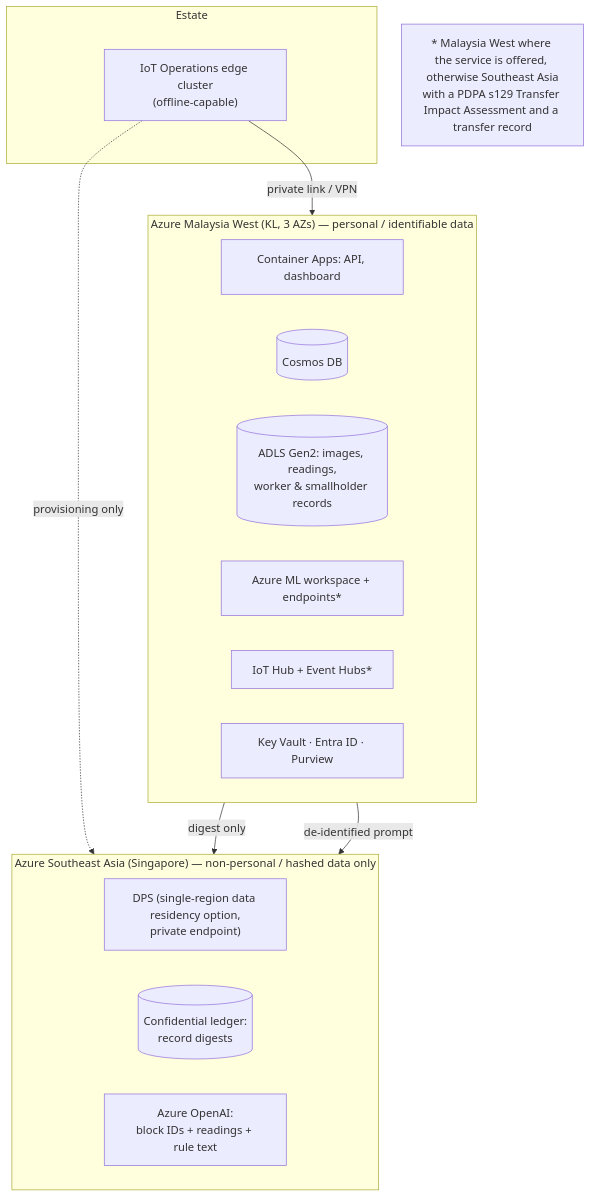
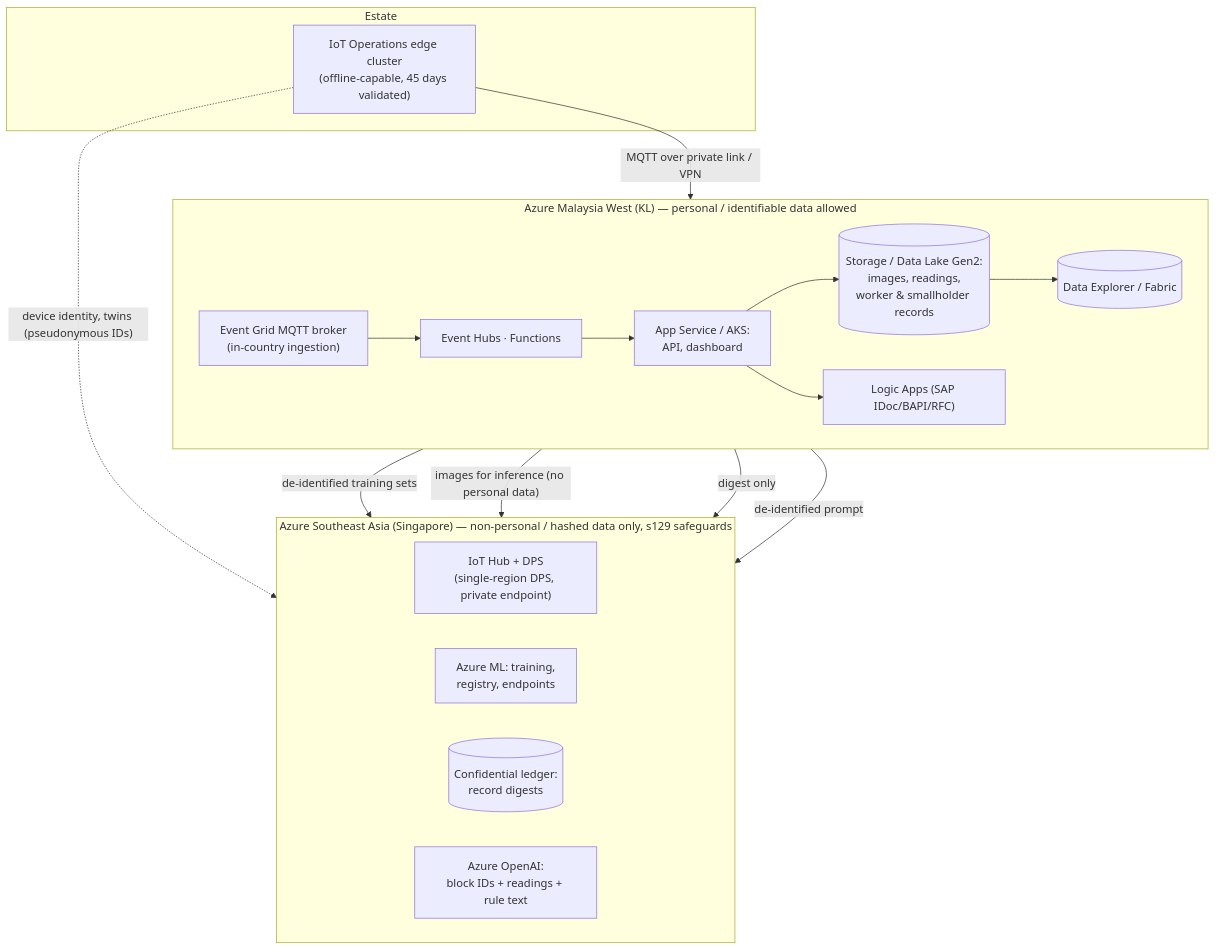
Before and after one commit to finn1282/CCA: the fourth of 4 diagrams in 03_software/02_architecture.md, drawn with Mermaid. The commit also changed other lines of this file and 5 other files, not shown here.

Commit message:
03_software: D50 doc update — residency layout (Malaysia West in-country services, SEA for IoT Hub/DPS, Azure ML, Ledger, OpenAI on non-personal data), platform framing AWS 89/Azure 85 with Azure on case fit, MSPO MS 2530-3-2/4-1; S-22 demo/results wording moved to 07

````diff
--- a/03_software/02_architecture.md
+++ b/03_software/02_architecture.md
@@ -166,26 +144,30 @@
 ```mermaid
 flowchart TB
-  subgraph MY["Azure Malaysia West (KL, 3 AZs) — personal / identifiable data"]
+  subgraph EST["Estate"]
+    EDGE["IoT Operations edge cluster<br/>(offline-capable, 45 days validated)"]
+  end
+  subgraph MY["Azure Malaysia West (KL) — personal / identifiable data allowed"]
     direction LR
-    APIc["Container Apps: API, dashboard"]
-    COS[("Cosmos DB")]
-    ADLS[("ADLS Gen2: images, readings,<br/>worker & smallholder records")]
-    AML["Azure ML workspace + endpoints*"]
-    HUB["IoT Hub + Event Hubs*"]
-    KV["Key Vault · Entra ID · Purview"]
+    EG["Event Grid MQTT broker<br/>(in-country ingestion)"]
+    EH["Event Hubs · Functions"]
+    APP["App Service / AKS:<br/>API, dashboard"]
+    ADLS[("Storage / Data Lake Gen2:<br/>images, readings,<br/>worker & smallholder records")]
+    ADX[("Data Explorer / Fabric")]
+    LA["Logic Apps (SAP IDoc/BAPI/RFC)"]
   end
-  subgraph SG["Azure Southeast Asia (Singapore) — non-personal / hashed data only"]
+  subgraph SG["Azure Southeast Asia (Singapore) — non-personal / hashed data only, s129 safeguards"]
     direction LR
-    DPS["DPS (single-region data residency option,<br/>private endpoint)"]
+    HUB["IoT Hub + DPS<br/>(single-region DPS, private endpoint)"]
+    AML["Azure ML: training,<br/>registry, endpoints"]
     ACLs[("Confidential ledger:<br/>record digests")]
     AOAIs["Azure OpenAI:<br/>block IDs + readings + rule text"]
   end
-  subgraph EST["Estate"]
-    EDGE["IoT Operations edge cluster<br/>(offline-capable)"]
-  end
-  EDGE -- "private link / VPN" --> HUB
-  EDGE -. "provisioning only" .-> DPS
-  APIc -- "digest only" --> ACLs
-  APIc -- "de-identified prompt" --> AOAIs
-  note1["* Malaysia West where the service is offered, otherwise Southeast Asia<br/>with a PDPA s129 Transfer Impact Assessment and a transfer record"]
+  EDGE -- "MQTT over private link / VPN" --> EG --> EH --> APP
+  APP --> ADLS --> ADX
+  APP --> LA
+  EDGE -. "device identity, twins (pseudonymous IDs)" .-> HUB
+  ADLS -- "de-identified training sets" --> AML
+  APP -- "images for inference (no personal data)" --> AML
+  APP -- "digest only" --> ACLs
+  APP -- "de-identified prompt" --> AOAIs
 ```
````
